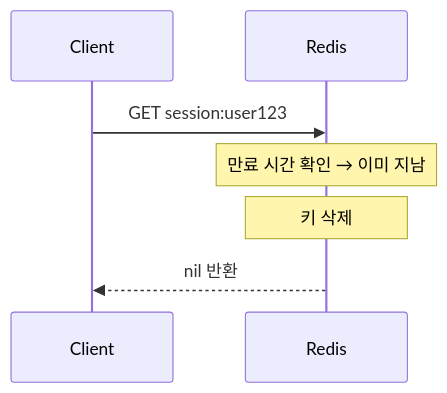
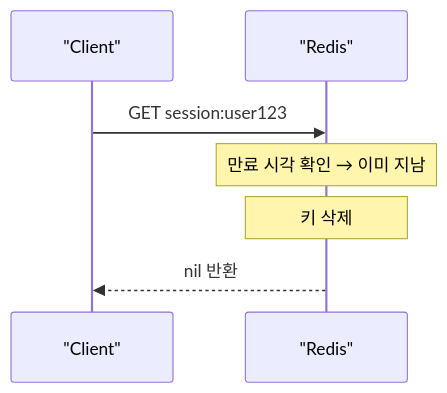
One commit to yjkim2015/yjkim2015.github.io changed the first of 3 diagrams in _posts/redis/2026-05-01-redis-ttl.md. Above: the diagram before and after it, drawn with Mermaid. The commit also changed other lines of this file and 122 other files, not shown here.

````diff
--- a/_posts/redis/2026-05-01-redis-ttl.md
+++ b/_posts/redis/2026-05-01-redis-ttl.md
@@ -59,10 +54,10 @@
 ```mermaid
 sequenceDiagram
-    participant C as Client
-    participant R as Redis
+    participant C as "Client"
+    participant R as "Redis"
 
     C->>R: GET session:user123
-    Note over R: 만료 시간 확인 → 이미 지남
+    Note over R: 만료 시각 확인 → 이미 지남
     Note over R: 키 삭제
     R-->>C: nil 반환
 ```
````
